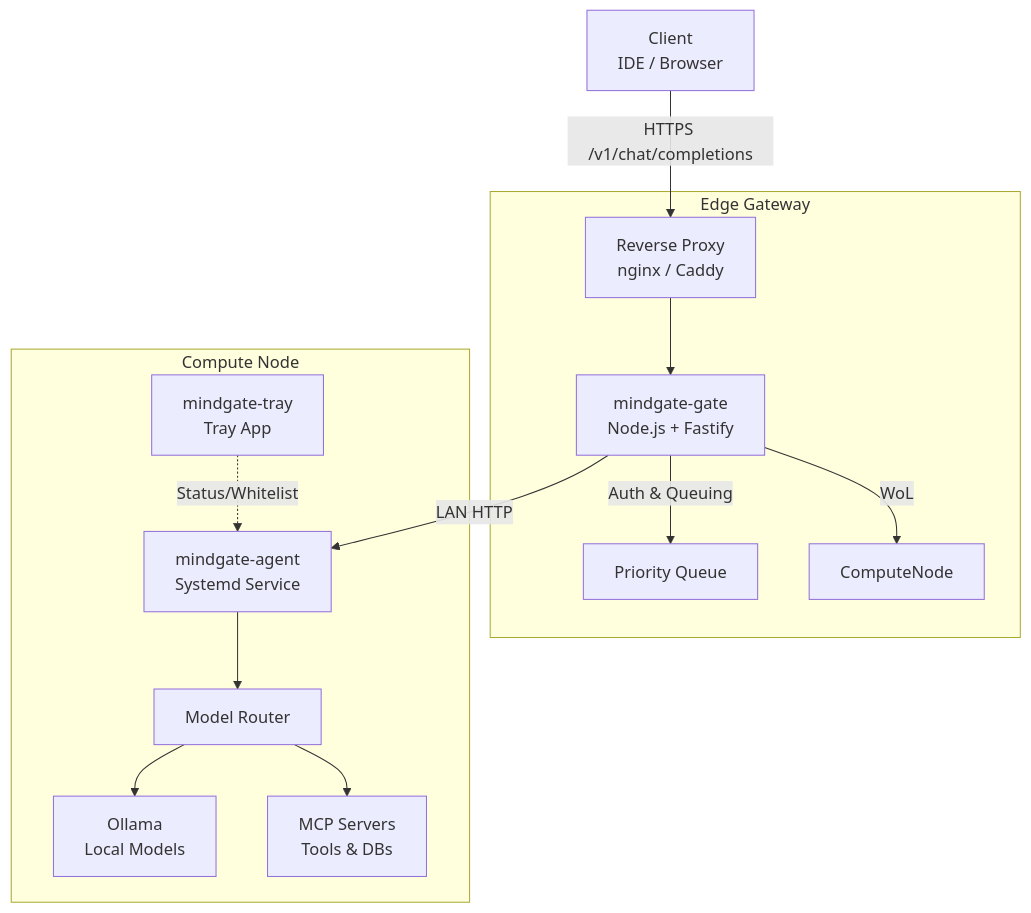
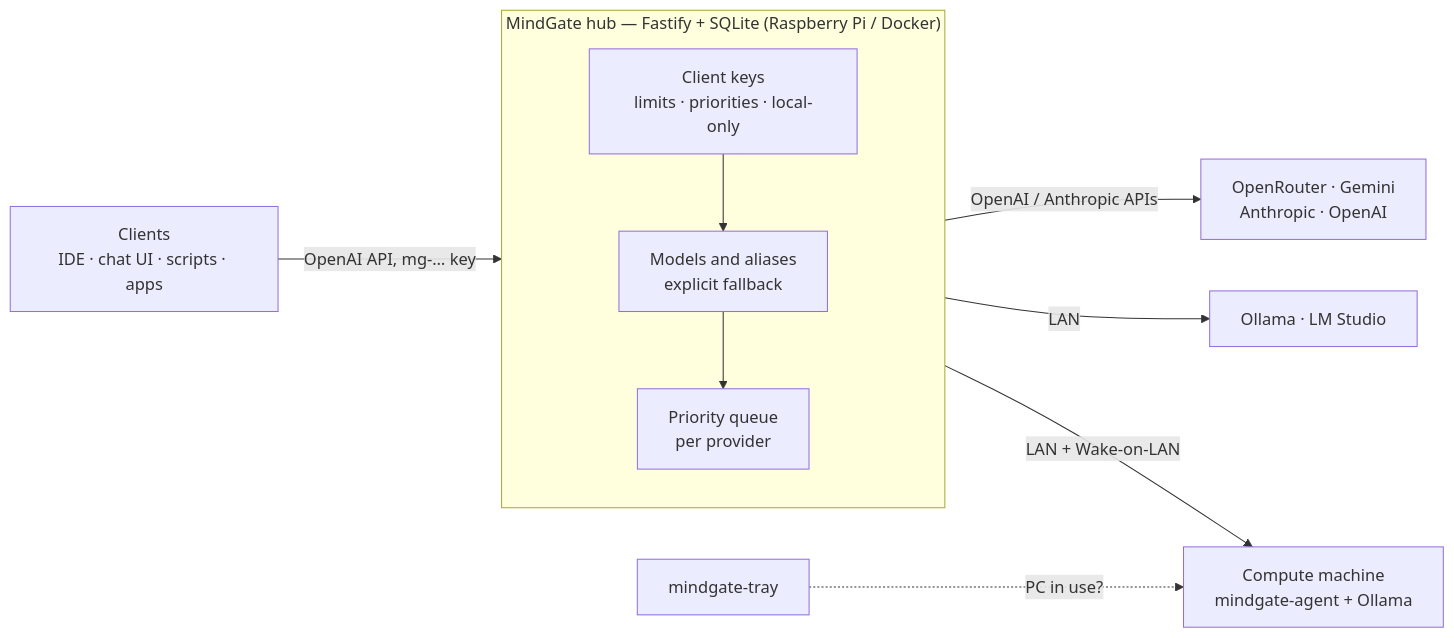
The diagram in README.md (prod-explore/mindgate), drawn with Mermaid before and after one commit. The commit also changed other lines of this file and 72 other files, not shown here.

First line of the commit message:
feat(gate): rewrite the gate as a TypeScript hub in front of local and cloud providers

````diff
--- a/README.md
+++ b/README.md
@@ -25,18 +20,15 @@
 ```mermaid
-graph TD
-    Client[Client<br>IDE / Browser] -->|HTTPS /v1/chat/completions| ReverseProxy[Reverse Proxy<br>nginx / Caddy]
-    
-    subgraph Edge Gateway
-        ReverseProxy --> Gate[mindgate-gate<br>Node.js + Fastify]
-        Gate -->|Auth & Queuing| Queue[Priority Queue]
-        Gate -->|WoL| ComputeNode
+graph LR
+    Client["Clients<br>IDE · chat UI · scripts · apps"] -->|"OpenAI API, mg-… key"| Hub
+
+    subgraph Hub["MindGate hub — Fastify + SQLite (Raspberry Pi / Docker)"]
+        direction TB
+        Auth["Client keys<br>limits · priorities · local-only"] --> Router["Models and aliases<br>explicit fallback"]
+        Router --> Queue["Priority queue<br>per provider"]
     end
-    
-    subgraph Compute Node
-        Gate -->|LAN HTTP| Agent[mindgate-agent<br>Systemd Service]
-        Agent --> ModelRouter[Model Router]
-        ModelRouter --> Ollama[Ollama<br>Local Models]
-        ModelRouter --> MCP[MCP Servers<br>Tools & DBs]
-        Tray[mindgate-tray<br>Tray App] -.->|Status/Whitelist| Agent
-    end
+
+    Queue -->|"OpenAI / Anthropic APIs"| Cloud["OpenRouter · Gemini<br>Anthropic · OpenAI"]
+    Queue -->|"LAN"| Ollama["Ollama · LM Studio"]
+    Queue -->|"LAN + Wake-on-LAN"| Node["Compute machine<br>mindgate-agent + Ollama"]
+    Tray["mindgate-tray"] -.->|"PC in use?"| Node
 ```
````
